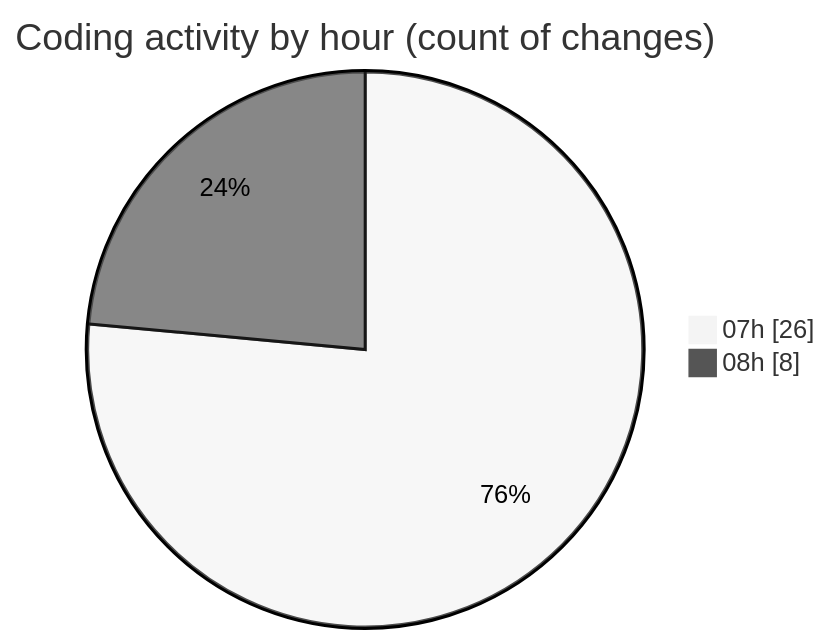
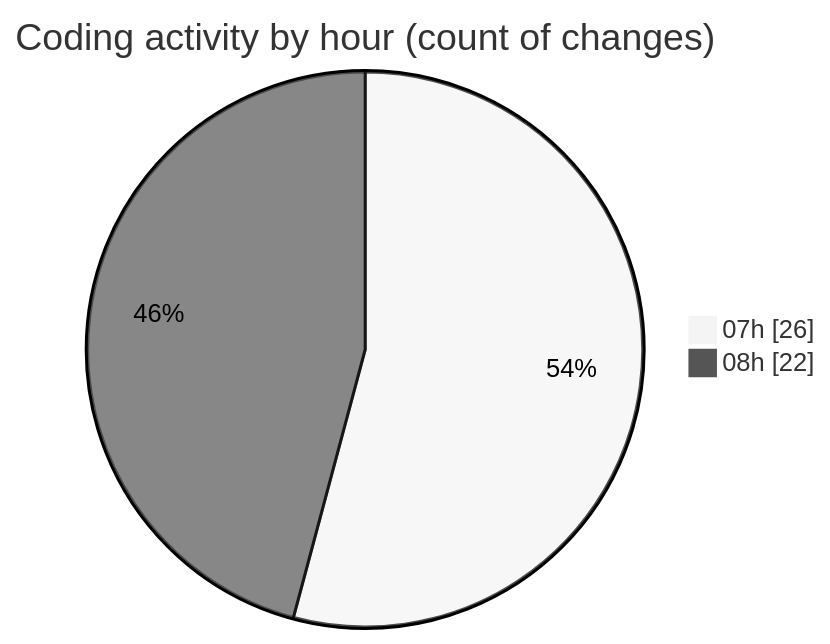
Before and after one commit to vahidmafi/code-tracking: the second of 2 diagrams in 2025-10-04/shop/README.md, drawn with Mermaid (neutral theme). The commit also changed other lines of this file and 1 other file, not shown here.

````diff
--- a/2025-10-04/shop/README.md
+++ b/2025-10-04/shop/README.md
@@ -34,6 +45,6 @@
 ```mermaid
 pie showData
 title Coding activity by hour (count of changes)
 "07h" : 26
-"08h" : 8
+"08h" : 22
 ```
````
